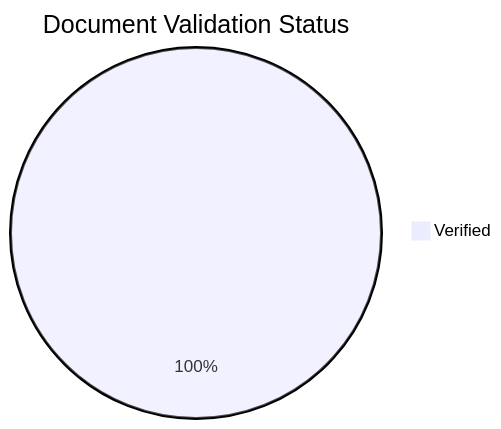
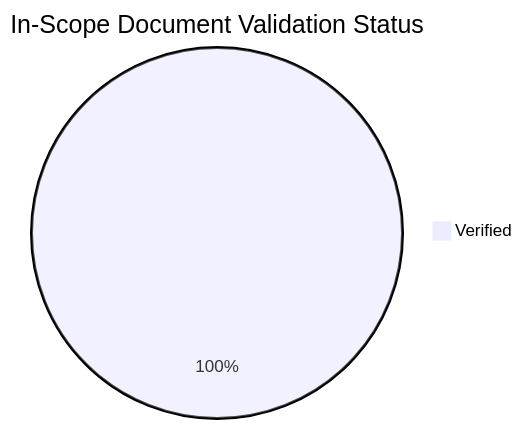
Before and after one commit to yeongseon/azure-app-service-practical-guide: the diagram in docs/reference/content-validation-status.md, drawn with Mermaid. The commit also changed other lines of this file and 35 other files, not shown here.

````diff
--- a/docs/reference/content-validation-status.md
+++ b/docs/reference/content-validation-status.md
@@ -24,4 +24,4 @@
 ```mermaid
-pie title Document Validation Status
-    "Verified" : 69
+pie title In-Scope Document Validation Status
+    "Verified" : 71
 ```
````
